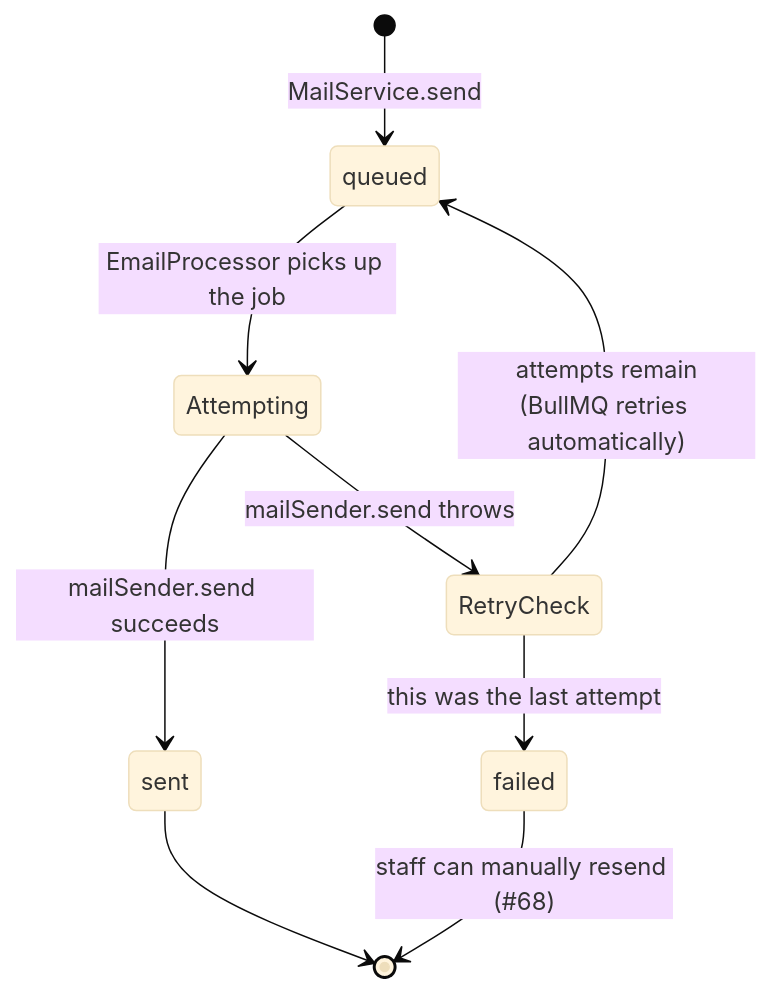
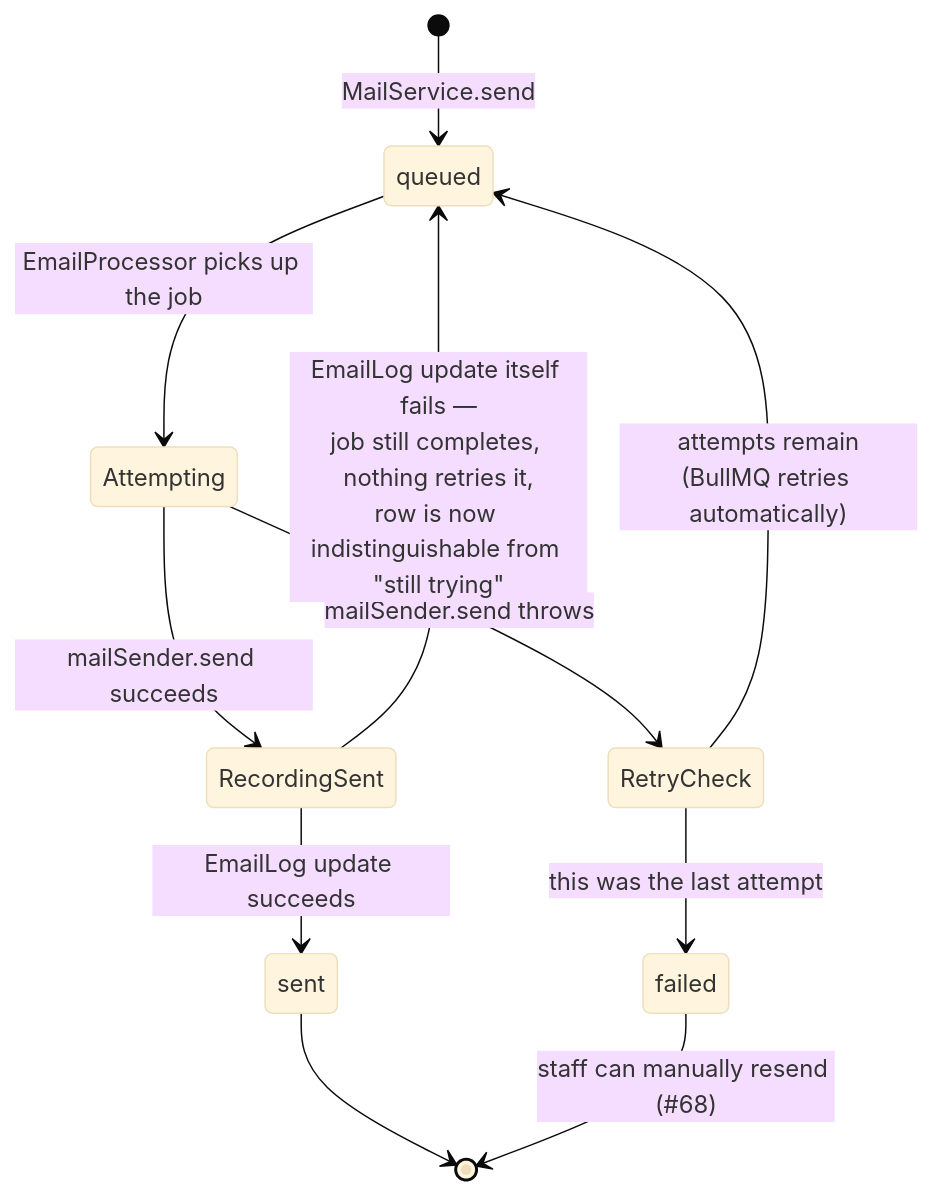
Before and after one commit to chuba-cn/koru: the fourth of 4 diagrams in docs/architecture/email-queue-and-logging.md, drawn with Mermaid (base theme). The commit also changed other lines of this file and 3 other files, not shown here.

````diff
--- a/docs/architecture/email-queue-and-logging.md
+++ b/docs/architecture/email-queue-and-logging.md
@@ -112,14 +112,17 @@
 ```mermaid
 stateDiagram-v2
     [*] --> queued: MailService.send
     queued --> Attempting: EmailProcessor picks up the job
 
-    Attempting --> sent: mailSender.send succeeds
+    Attempting --> RecordingSent: mailSender.send succeeds
     Attempting --> RetryCheck: mailSender.send throws
+
+    RecordingSent --> sent: EmailLog update succeeds
+    RecordingSent --> queued: EmailLog update itself fails —<br/>job still completes, nothing retries it,<br/>row is now indistinguishable from "still trying"
 
     RetryCheck --> queued: attempts remain<br/>(BullMQ retries automatically)
     RetryCheck --> failed: this was the last attempt
 
     sent --> [*]
     failed --> [*]: staff can manually resend (#68)
 ```
````
